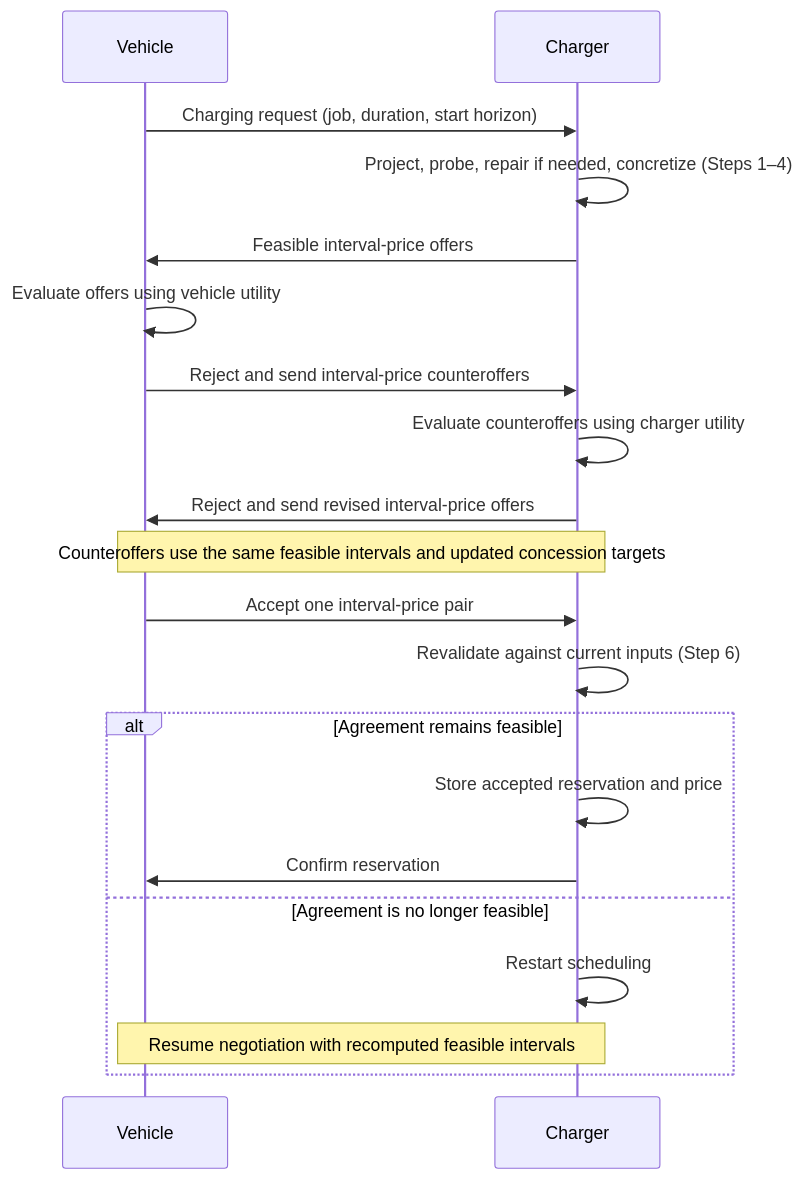
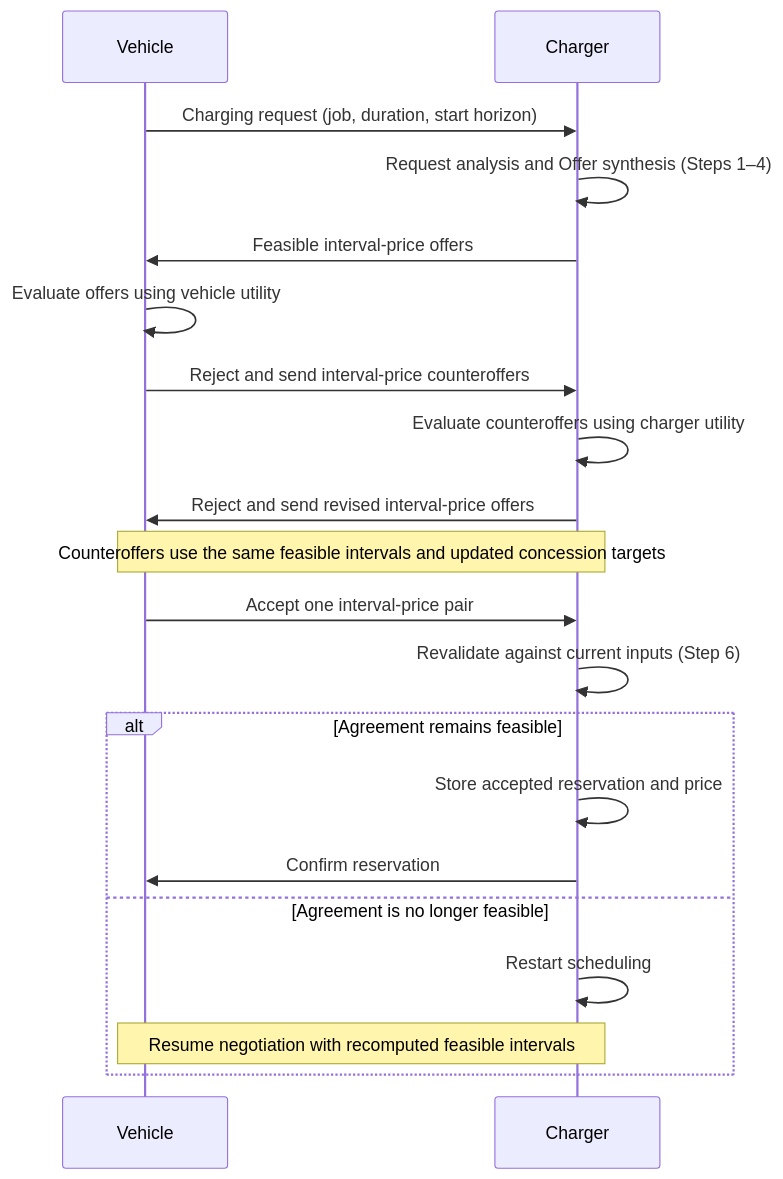
Before and after one commit to kaarmu/ecc27-bla: the second of 2 diagrams in PROTOCOL.md, drawn with Mermaid. The commit also changed other lines of this file, not shown here.

````diff
--- a/PROTOCOL.md
+++ b/PROTOCOL.md
@@ -57,22 +57,22 @@
 ```mermaid
 sequenceDiagram
     participant EV as Vehicle
     participant CH as Charger
     EV->>CH: Charging request (job, duration, start horizon)
-    CH->>CH: Project, probe, repair if needed, concretize (Steps 1–4)
+    CH->>CH: Request analysis and Offer synthesis (Steps 1–4)
     CH->>EV: Feasible interval-price offers
     EV->>EV: Evaluate offers using vehicle utility
     EV->>CH: Reject and send interval-price counteroffers
     CH->>CH: Evaluate counteroffers using charger utility
     CH->>EV: Reject and send revised interval-price offers
     Note over EV,CH: Counteroffers use the same feasible intervals and updated concession targets
     EV->>CH: Accept one interval-price pair
     CH->>CH: Revalidate against current inputs (Step 6)
     alt Agreement remains feasible
         CH->>CH: Store accepted reservation and price
         CH->>EV: Confirm reservation
     else Agreement is no longer feasible
         CH->>CH: Restart scheduling
         Note over EV,CH: Resume negotiation with recomputed feasible intervals
     end
 ```
````
